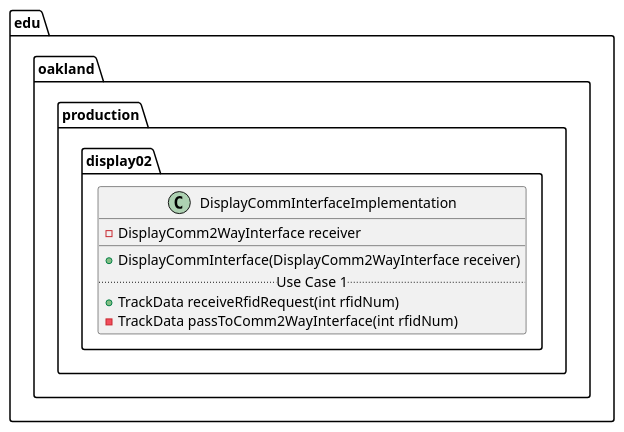
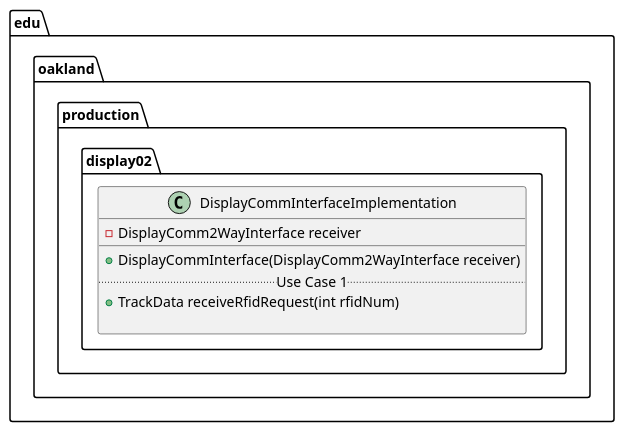
The diagram in docs/uml-class-diagrams/display02/production/DisplayCommInterfaceImplementation/DisplayCommInterfaceImplementation.puml (andrewdimmer/csi-3370-software-project), drawn with PlantUML before and after one commit.

```diff
--- a/docs/uml-class-diagrams/display02/production/DisplayCommInterfaceImplementation/DisplayCommInterfaceImplementation.puml
+++ b/docs/uml-class-diagrams/display02/production/DisplayCommInterfaceImplementation/DisplayCommInterfaceImplementation.puml
@@ -1,14 +1,14 @@
 @startuml DisplayCommInterfaceImplementation
 
 package edu.oakland.production.display02 {
     class DisplayCommInterfaceImplementation {
         - DisplayComm2WayInterface receiver
         __
         + DisplayCommInterface(DisplayComm2WayInterface receiver)
         .. Use Case 1 ..
         + TrackData receiveRfidRequest(int rfidNum)
-        - TrackData passToComm2WayInterface(int rfidNum)
+        
     }
 }
 
 @enduml
```
